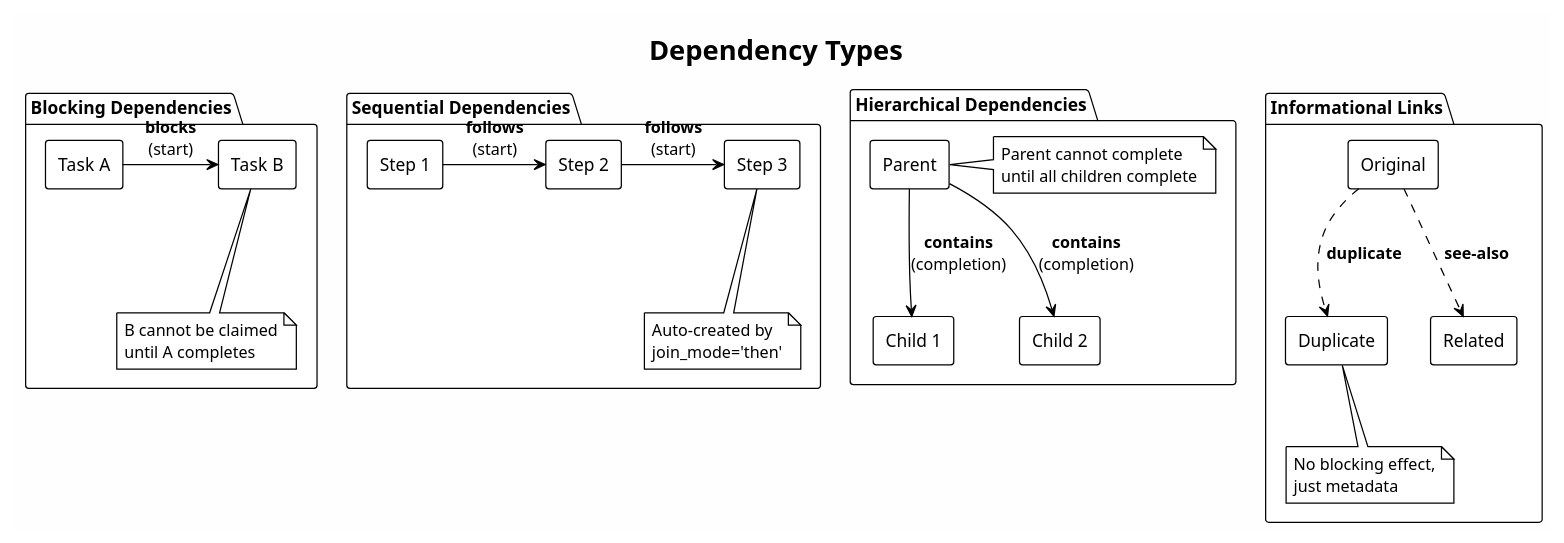
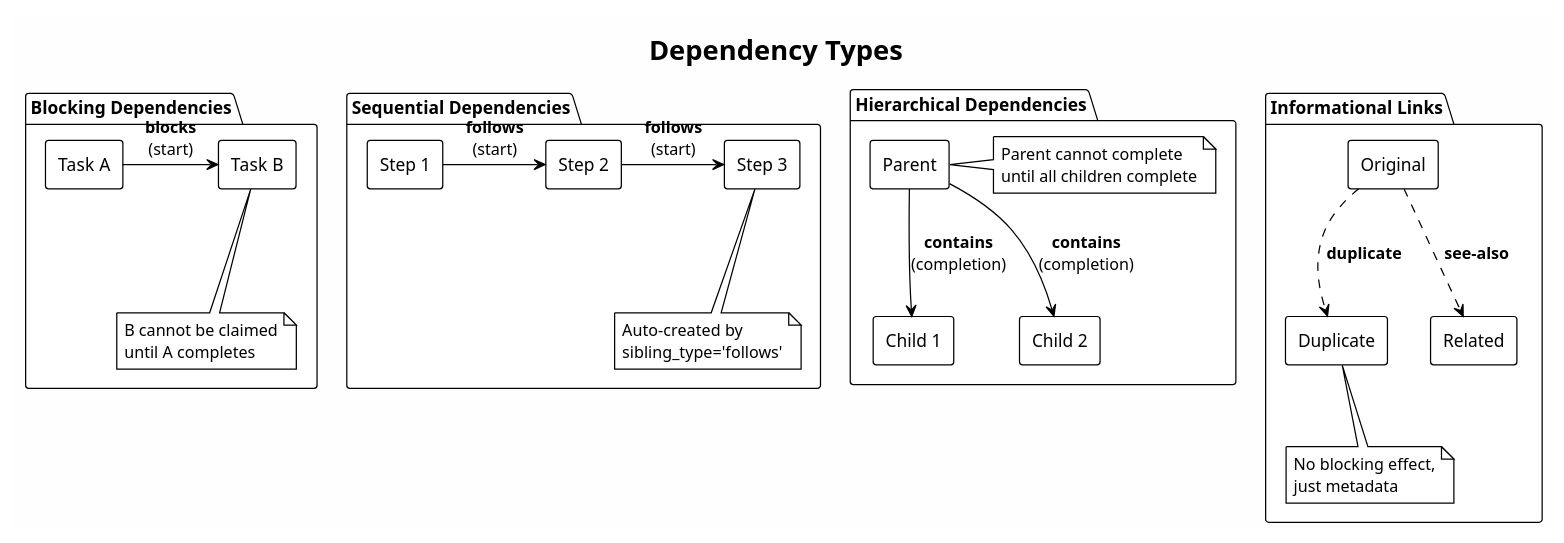
The diagram in docs/diagrams/dependency-types.puml (Oortonaut/task-graph-mcp), drawn with PlantUML before and after one commit. The commit also changed 11 other files, not shown here.

First line of the commit message:
Refactor create_tree to use top-level child_type and sibling_type params

```diff
--- a/docs/diagrams/dependency-types.puml
+++ b/docs/diagrams/dependency-types.puml
@@ -1,53 +1,53 @@
 @startuml dependency-types
 !theme plain
 skinparam backgroundColor #FEFEFE
 
 title Dependency Types
 
 package "Blocking Dependencies" {
     rectangle "Task A" as a1
     rectangle "Task B" as b1
     a1 -right-> b1 : **blocks**\n(start)
     note bottom of b1
       B cannot be claimed
       until A completes
     end note
 }
 
 package "Sequential Dependencies" {
     rectangle "Step 1" as s1
     rectangle "Step 2" as s2
     rectangle "Step 3" as s3
     s1 -right-> s2 : **follows**\n(start)
     s2 -right-> s3 : **follows**\n(start)
     note bottom of s3
       Auto-created by
-      join_mode='then'
+      sibling_type='follows'
     end note
 }
 
 package "Hierarchical Dependencies" {
     rectangle "Parent" as p1
     rectangle "Child 1" as c1
     rectangle "Child 2" as c2
     p1 -down-> c1 : **contains**\n(completion)
     p1 -down-> c2 : **contains**\n(completion)
     note right of p1
       Parent cannot complete
       until all children complete
     end note
 }
 
 package "Informational Links" {
     rectangle "Original" as o1
     rectangle "Duplicate" as d1
     rectangle "Related" as r1
     o1 ..> d1 : **duplicate**
     o1 ..> r1 : **see-also**
     note bottom of d1
       No blocking effect,
       just metadata
     end note
 }
 
 @enduml
```
